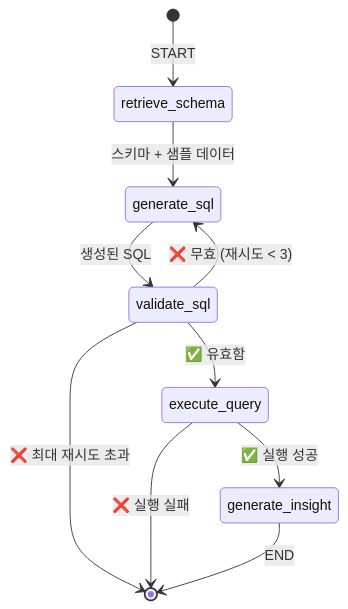
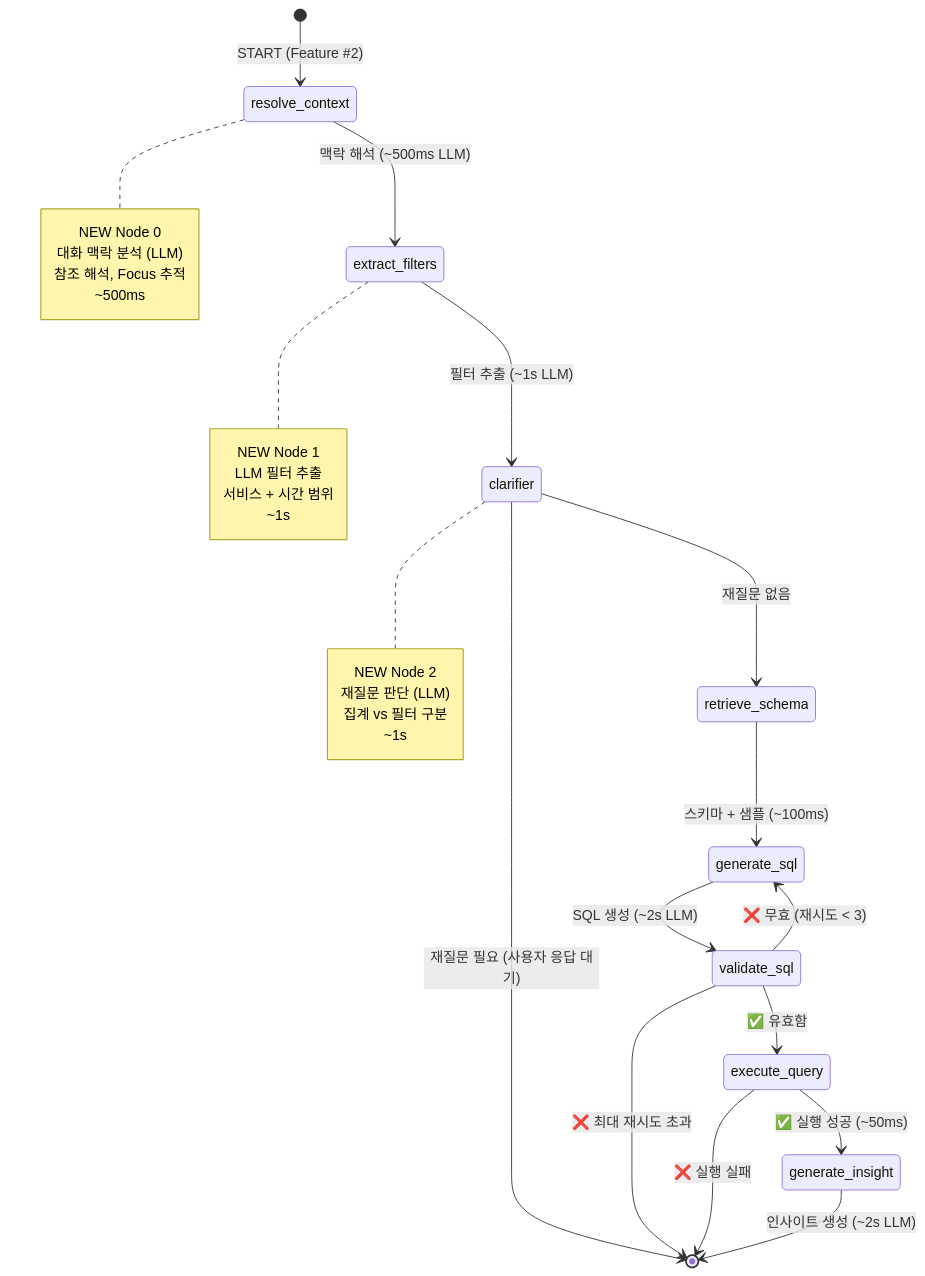
Before and after one commit to aiStudy001/log-analysis-system: the diagram in services/log-analysis-server/README.md, drawn with Mermaid. The commit also changed other lines of this file and 15 other files, not shown here.

````diff
--- a/services/log-analysis-server/README.md
+++ b/services/log-analysis-server/README.md
@@ -46,17 +46,45 @@
 ```mermaid
 stateDiagram-v2
-    [*] --> retrieve_schema: START
+    [*] --> resolve_context: START (Feature #2)
 
-    retrieve_schema --> generate_sql: 스키마 + 샘플 데이터
+    resolve_context --> extract_filters: 맥락 해석 (~500ms LLM)
 
-    generate_sql --> validate_sql: 생성된 SQL
+    extract_filters --> clarifier: 필터 추출 (~1s LLM)
+
+    clarifier --> retrieve_schema: 재질문 없음
+    clarifier --> [*]: 재질문 필요 (사용자 응답 대기)
+
+    retrieve_schema --> generate_sql: 스키마 + 샘플 (~100ms)
+
+    generate_sql --> validate_sql: SQL 생성 (~2s LLM)
 
     validate_sql --> execute_query: ✅ 유효함
     validate_sql --> generate_sql: ❌ 무효 (재시도 < 3)
     validate_sql --> [*]: ❌ 최대 재시도 초과
 
-    execute_query --> generate_insight: ✅ 실행 성공
+    execute_query --> generate_insight: ✅ 실행 성공 (~50ms)
     execute_query --> [*]: ❌ 실행 실패
 
-    generate_insight --> [*]: END
+    generate_insight --> [*]: 인사이트 생성 (~2s LLM)
+
+    note right of resolve_context
+        NEW Node 0
+        대화 맥락 분석 (LLM)
+        참조 해석, Focus 추적
+        ~500ms
+    end note
+
+    note right of extract_filters
+        NEW Node 1
+        LLM 필터 추출
+        서비스 + 시간 범위
+        ~1s
+    end note
+
+    note right of clarifier
+        NEW Node 2
+        재질문 판단 (LLM)
+        집계 vs 필터 구분
+        ~1s
+    end note
 ```
````
